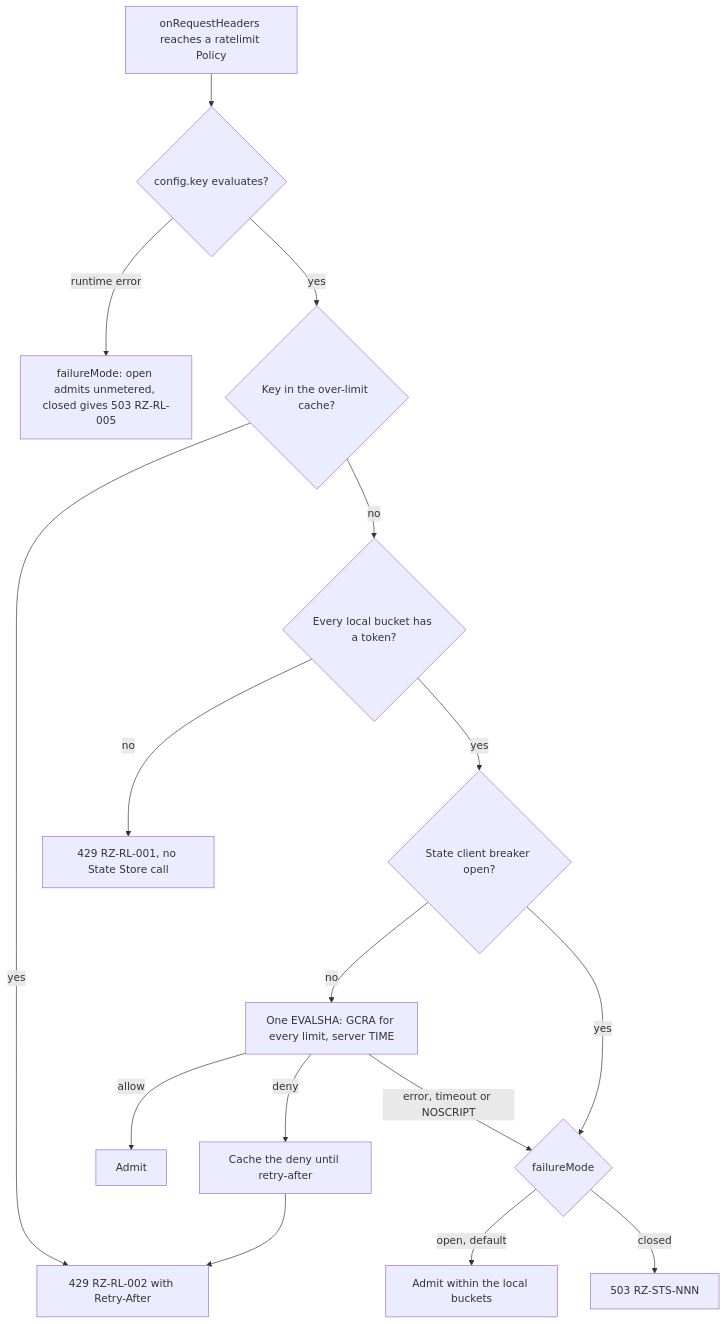
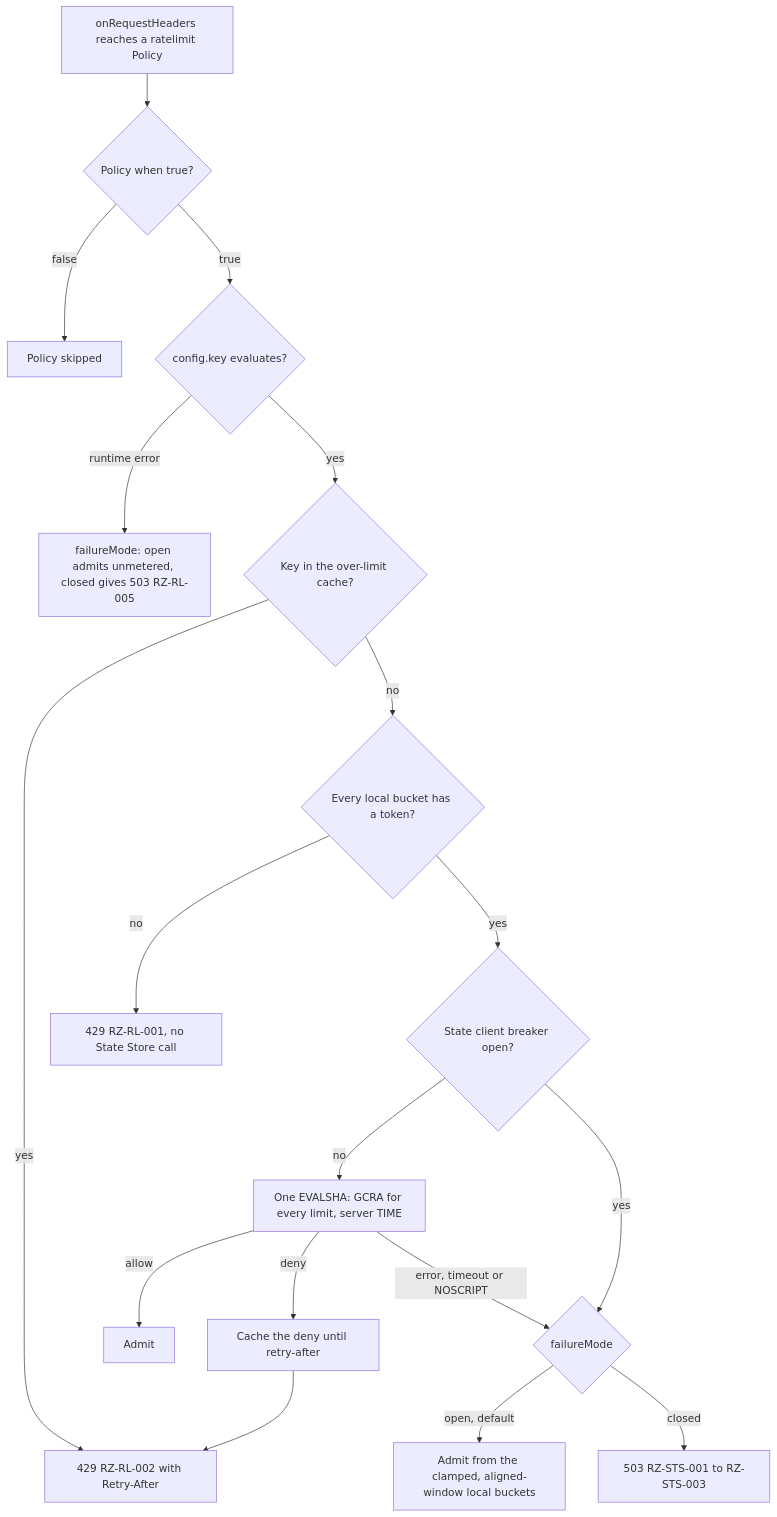
One commit to ravindu-rev/ruralz changed the diagram in docs/adr/0008-rate-limiting-local-bucket-and-gcra.md. Above: the diagram before and after it, drawn with Mermaid. The commit also changed other lines of this file and 24 other files, not shown here.

````diff
--- a/docs/adr/0008-rate-limiting-local-bucket-and-gcra.md
+++ b/docs/adr/0008-rate-limiting-local-bucket-and-gcra.md
@@ -63,18 +62,20 @@
 ```mermaid
 flowchart TD
-    req["onRequestHeaders reaches a ratelimit Policy"] --> key{"config.key evaluates?"}
+    req["onRequestHeaders reaches a ratelimit Policy"] --> when{"Policy when true?"}
+    when -- "false" --> skip["Policy skipped"]
+    when -- "true" --> key{"config.key evaluates?"}
     key -- "runtime error" --> kfm["failureMode: open admits unmetered, closed gives 503 RZ-RL-005"]
     key -- "yes" --> olc{"Key in the over-limit cache?"}
     olc -- "yes" --> d2["429 RZ-RL-002 with Retry-After"]
     olc -- "no" --> lb{"Every local bucket has a token?"}
     lb -- "no" --> d1["429 RZ-RL-001, no State Store call"]
     lb -- "yes" --> brk{"State client breaker open?"}
     brk -- "no" --> gcra["One EVALSHA: GCRA for every limit, server TIME"]
     gcra -- "allow" --> ok["Admit"]
     gcra -- "deny" --> cache["Cache the deny until retry-after"]
     cache --> d2
     gcra -- "error, timeout or NOSCRIPT" --> fm{"failureMode"}
     brk -- "yes" --> fm
-    fm -- "open, default" --> ok2["Admit within the local buckets"]
-    fm -- "closed" --> r503["503 RZ-STS-NNN"]
+    fm -- "open, default" --> ok2["Admit from the clamped, aligned-window local buckets"]
+    fm -- "closed" --> r503["503 RZ-STS-001 to RZ-STS-003"]
 ```
````
